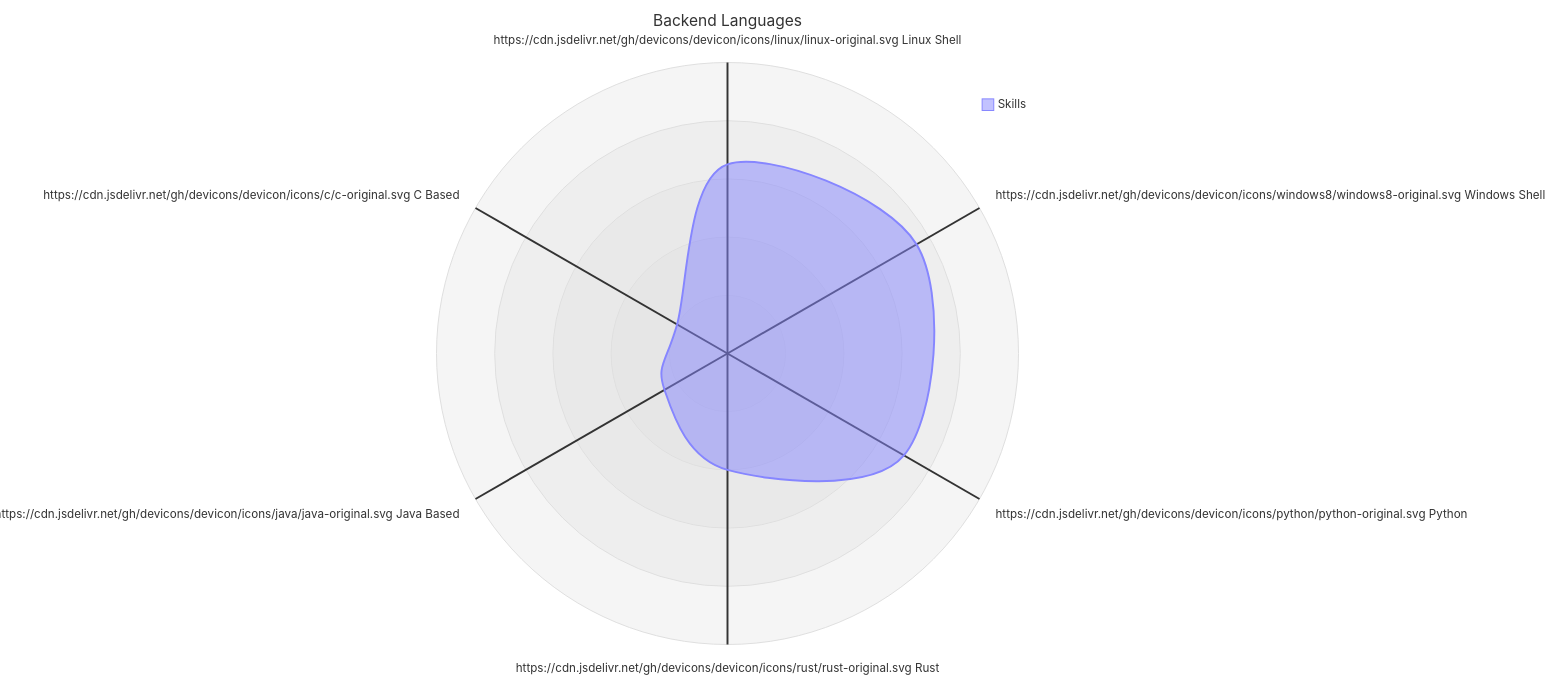
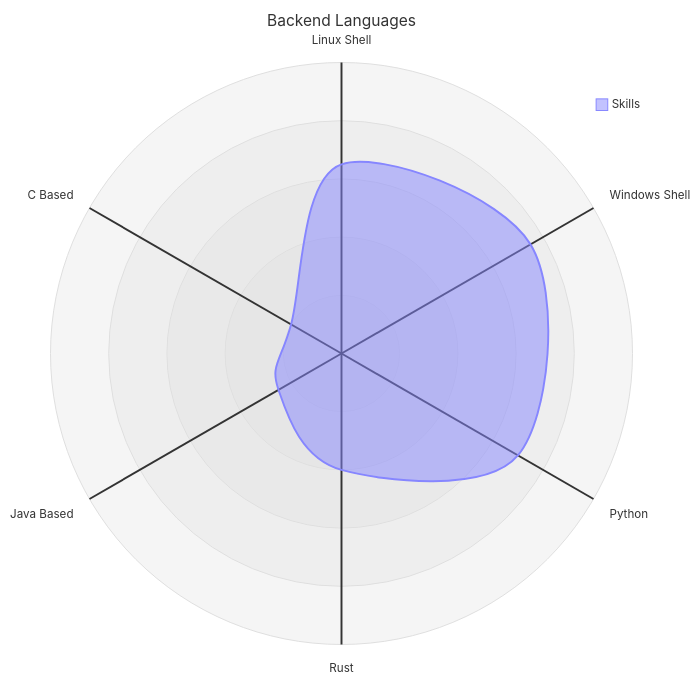
Before and after one commit to kubow/kubow.github.io: the second of 5 diagrams in README.md, drawn with Mermaid. The commit also changed other lines of this file and 4 other files, not shown here.

````diff
--- a/README.md
+++ b/README.md
@@ -126,10 +171,10 @@
 ```mermaid
 radar-beta
   title Backend Languages
-  axis LinuxShell["https://cdn.jsdelivr.net/gh/devicons/devicon/icons/linux/linux-original.svg Linux Shell"], WindowsShell["https://cdn.jsdelivr.net/gh/devicons/devicon/icons/windows8/windows8-original.svg Windows Shell"], Python["https://cdn.jsdelivr.net/gh/devicons/devicon/icons/python/python-original.svg Python"], Rust["https://cdn.jsdelivr.net/gh/devicons/devicon/icons/rust/rust-original.svg Rust"], JavaBased["https://cdn.jsdelivr.net/gh/devicons/devicon/icons/java/java-original.svg Java Based"], CBased["https://cdn.jsdelivr.net/gh/devicons/devicon/icons/c/c-original.svg C Based"]
+  axis LinuxShell["Linux Shell"], WindowsShell["Windows Shell"], Python["Python"], Rust["Rust"], JavaBased["Java Based"], CBased["C Based"]
   curve Skills{ 65, 75, 70, 40, 25, 20 }
   max 100
   min 0
   graticule circle
   ticks 5
 ```
````
